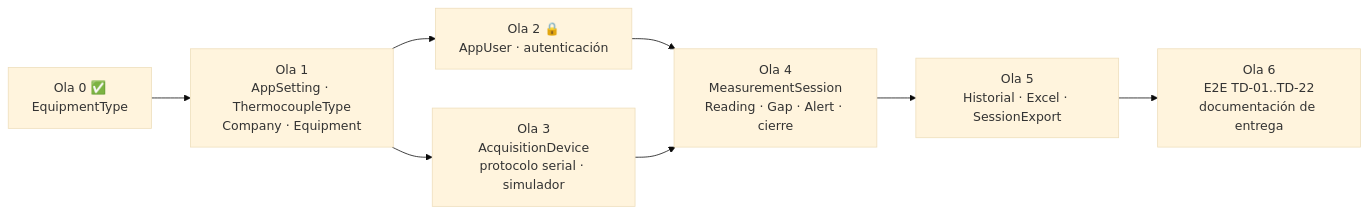
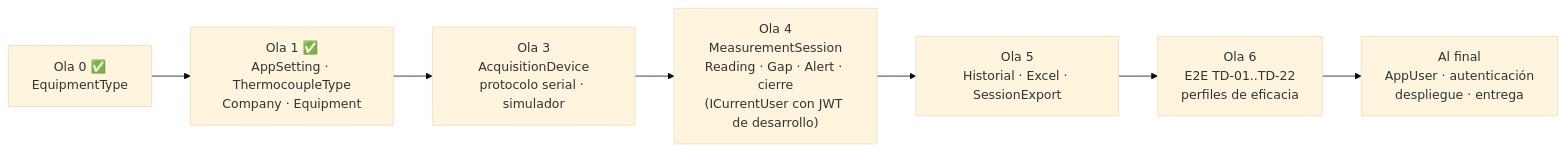
Before and after one commit to ocarranzam/ThermalCalibration: the diagram in docs/implementation-plan.md, drawn with Mermaid (base theme). The commit also changed other lines of this file and 52 other files, not shown here.

````diff
--- a/docs/implementation-plan.md
+++ b/docs/implementation-plan.md
@@ -34,10 +34,9 @@
 ```mermaid
 flowchart LR
-    O0["Ola 0 ✅<br/>EquipmentType"] --> O1["Ola 1<br/>AppSetting · ThermocoupleType<br/>Company · Equipment"]
-    O1 --> O2["Ola 2 🔒<br/>AppUser · autenticación"]
+    O0["Ola 0 ✅<br/>EquipmentType"] --> O1["Ola 1 ✅<br/>AppSetting · ThermocoupleType<br/>Company · Equipment"]
     O1 --> O3["Ola 3<br/>AcquisitionDevice<br/>protocolo serial · simulador"]
-    O2 --> O4["Ola 4<br/>MeasurementSession<br/>Reading · Gap · Alert · cierre"]
-    O3 --> O4
+    O3 --> O4["Ola 4<br/>MeasurementSession<br/>Reading · Gap · Alert · cierre<br/>(ICurrentUser con JWT de desarrollo)"]
     O4 --> O5["Ola 5<br/>Historial · Excel · SessionExport"]
-    O5 --> O6["Ola 6<br/>E2E TD-01..TD-22<br/>documentación de entrega"]
+    O5 --> O6["Ola 6<br/>E2E TD-01..TD-22<br/>perfiles de eficacia"]
+    O6 --> OF["Al final<br/>AppUser · autenticación<br/>despliegue · entrega"]
 ```
````
